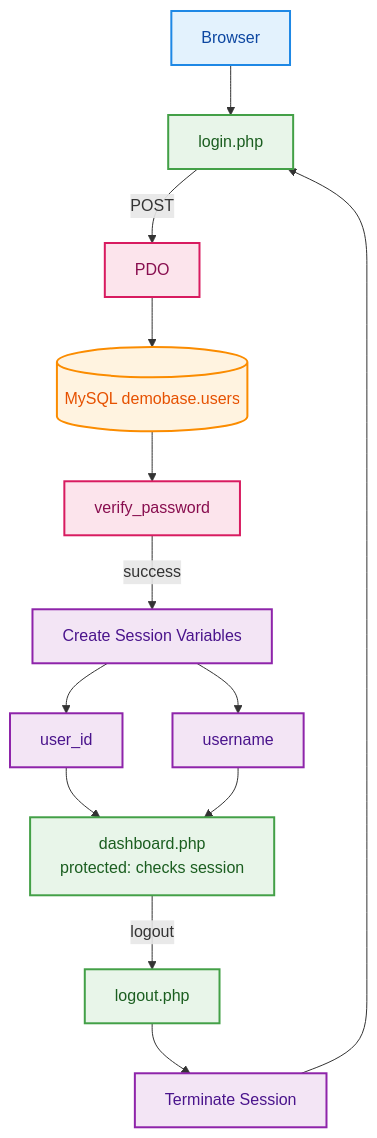
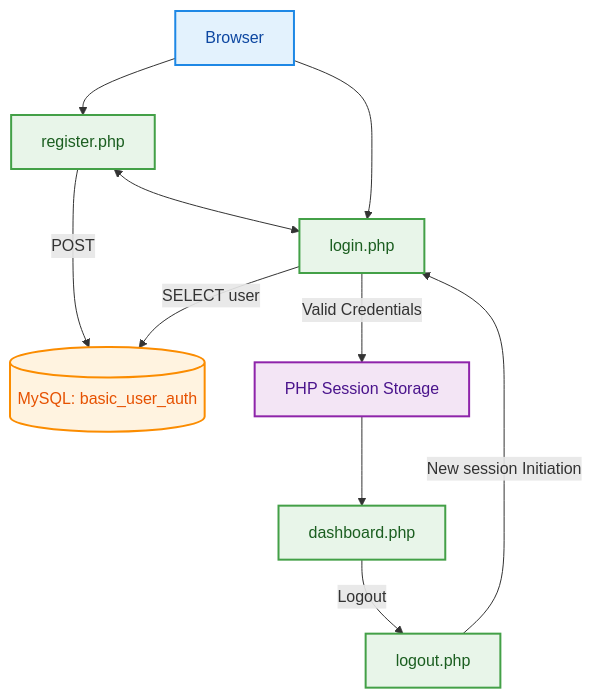
One commit to Kaynup/Basic-User-Auth-with-PHP-MySQL changed the diagram in README.md. Above: the diagram before and after it, drawn with Mermaid. The commit also changed other lines of this file and 1 other file, not shown here.

Commit message:
Updated README.md and removed utils (auth.php)

````diff
--- a/README.md
+++ b/README.md
@@ -62,58 +81,35 @@
 ```mermaid
 flowchart TD
 
     Browser[Browser]
 
-    login[login.php]
-    PDO[PDO]
-    DB[(MySQL demobase.users)]
-    verify[verify_password]
+    Register[register.php]
+    Login[login.php]
+    DB[(MySQL: basic_user_auth)]
+    Dashboard[dashboard.php]
+    Logout[logout.php]
 
-    session[Create Session Variables]
-    uid[user_id]
-    uname[username]
+    Session[PHP Session Storage]
 
-    dash["dashboard.php<br/>protected: checks session"]
+    Browser --> Register
+    Register -->|POST| DB
+    Register <--> Login
 
-    logout[logout.php]
-    terminate[Terminate Session]
+    Browser --> Login
+    Login -->|SELECT user| DB
+    Login -->|Valid Credentials| Session
+    Session --> Dashboard
 
+    Dashboard -->|Logout| Logout
+    Logout -->|New session Initiation| Login
 
-    Browser --> login
-
-    login -->|POST| PDO
-    PDO --> DB
-    DB --> verify
-
-    verify -->|success| session
-
-    session --> uid
-    session --> uname
-
-    uid --> dash
-    uname --> dash
-
-    dash -->|logout| logout
-    logout --> terminate
-    terminate --> login
-
-
-    %% Color definitions
     classDef client fill:#E3F2FD,stroke:#1E88E5,stroke-width:2px,color:#0D47A1;
     classDef php fill:#E8F5E9,stroke:#43A047,stroke-width:2px,color:#1B5E20;
-    classDef database fill:#FFF3E0,stroke:#FB8C00,stroke-width:2px,color:#E65100;
-    classDef security fill:#FCE4EC,stroke:#D81B60,stroke-width:2px,color:#880E4F;
+    classDef db fill:#FFF3E0,stroke:#FB8C00,stroke-width:2px,color:#E65100;
     classDef session fill:#F3E5F5,stroke:#8E24AA,stroke-width:2px,color:#4A148C;
 
-
-    %% Apply colors
     class Browser client;
-
-    class login,dash,logout php;
-
-    class PDO,verify security;
-
-    class DB database;
-
-    class session,uid,uname,terminate session;
+    class Register,Login,Dashboard,Logout php;
+    class DB db;
+    class Session session;
 ```
````
